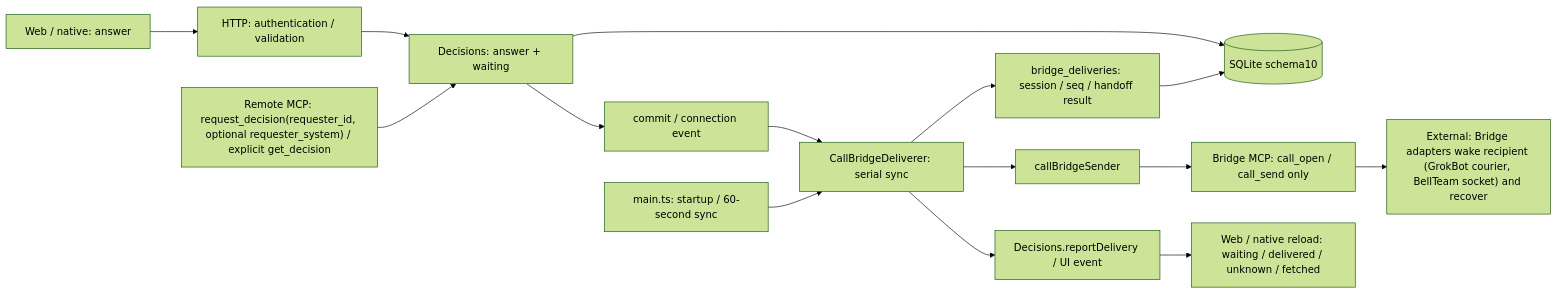
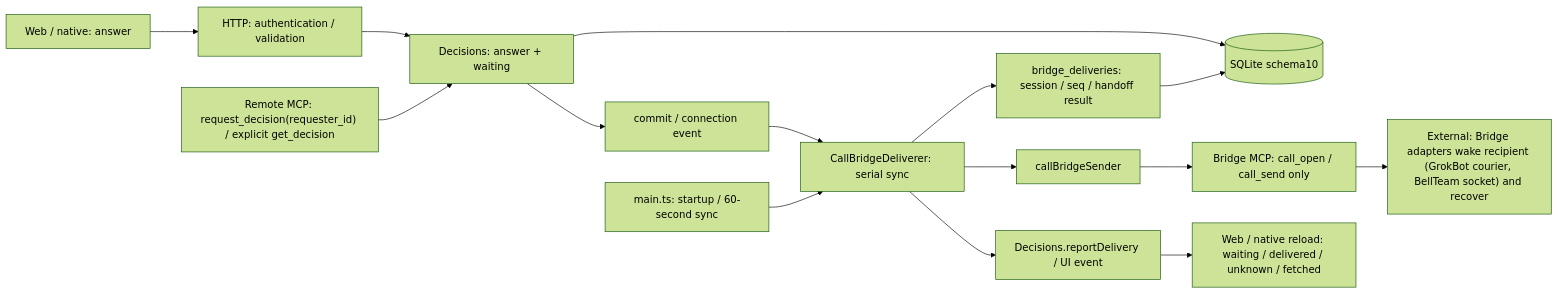
One commit to kitepon/approval-box changed the diagram in docs/architecture/grok-delivery/overview.mmd. Above: the diagram before and after it, drawn with Mermaid (forest theme). The commit also changed 2 other files, not shown here.

Commit message:
docs(delivery): keep the member system per Bridge connection; ordinary routes stay unchanged

```diff
--- a/docs/architecture/grok-delivery/overview.mmd
+++ b/docs/architecture/grok-delivery/overview.mmd
@@ -1,15 +1,15 @@
 flowchart LR
  Owner["Web / native: answer"] --> HTTP["HTTP: authentication / validation"]
  HTTP --> Decisions["Decisions: answer + waiting"]
  Decisions --> DB[("SQLite schema10")]
  Decisions --> Events["commit / connection event"]
  Events --> Worker["CallBridgeDeliverer: serial sync"]
  Timer["main.ts: startup / 60-second sync"] --> Worker
  Worker --> Journal["bridge_deliveries: session / seq / handoff result"]
  Journal --> DB
  Worker --> Sender["callBridgeSender"]
  Sender --> Bridge["Bridge MCP: call_open / call_send only"]
  Bridge --> Recipient["External: Bridge adapters wake recipient (GrokBot courier, BellTeam socket) and recover"]
  Worker --> Result["Decisions.reportDelivery / UI event"]
  Result --> UI["Web / native reload: waiting / delivered / unknown / fetched"]
- Remote["Remote MCP: request_decision(requester_id, optional requester_system) / explicit get_decision"] --> Decisions
+ Remote["Remote MCP: request_decision(requester_id) / explicit get_decision"] --> Decisions
```
